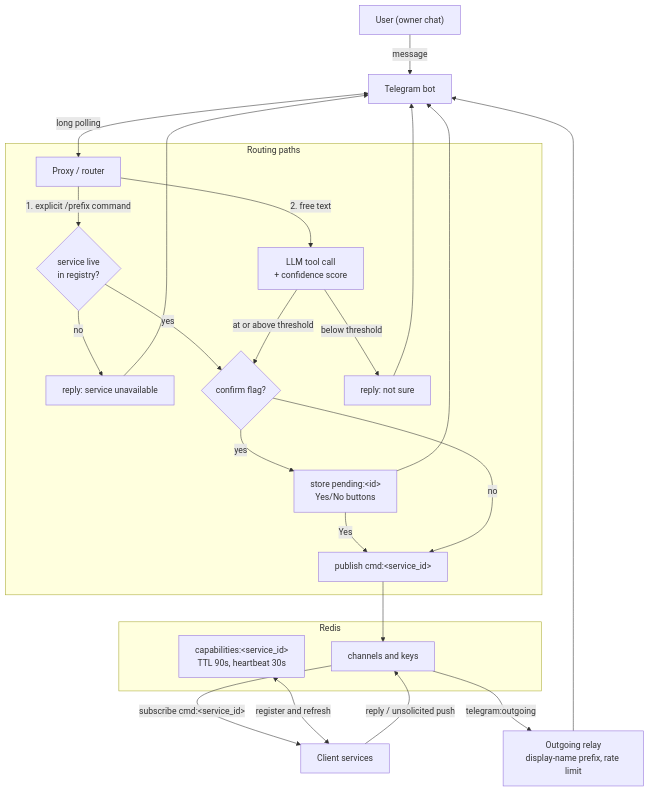
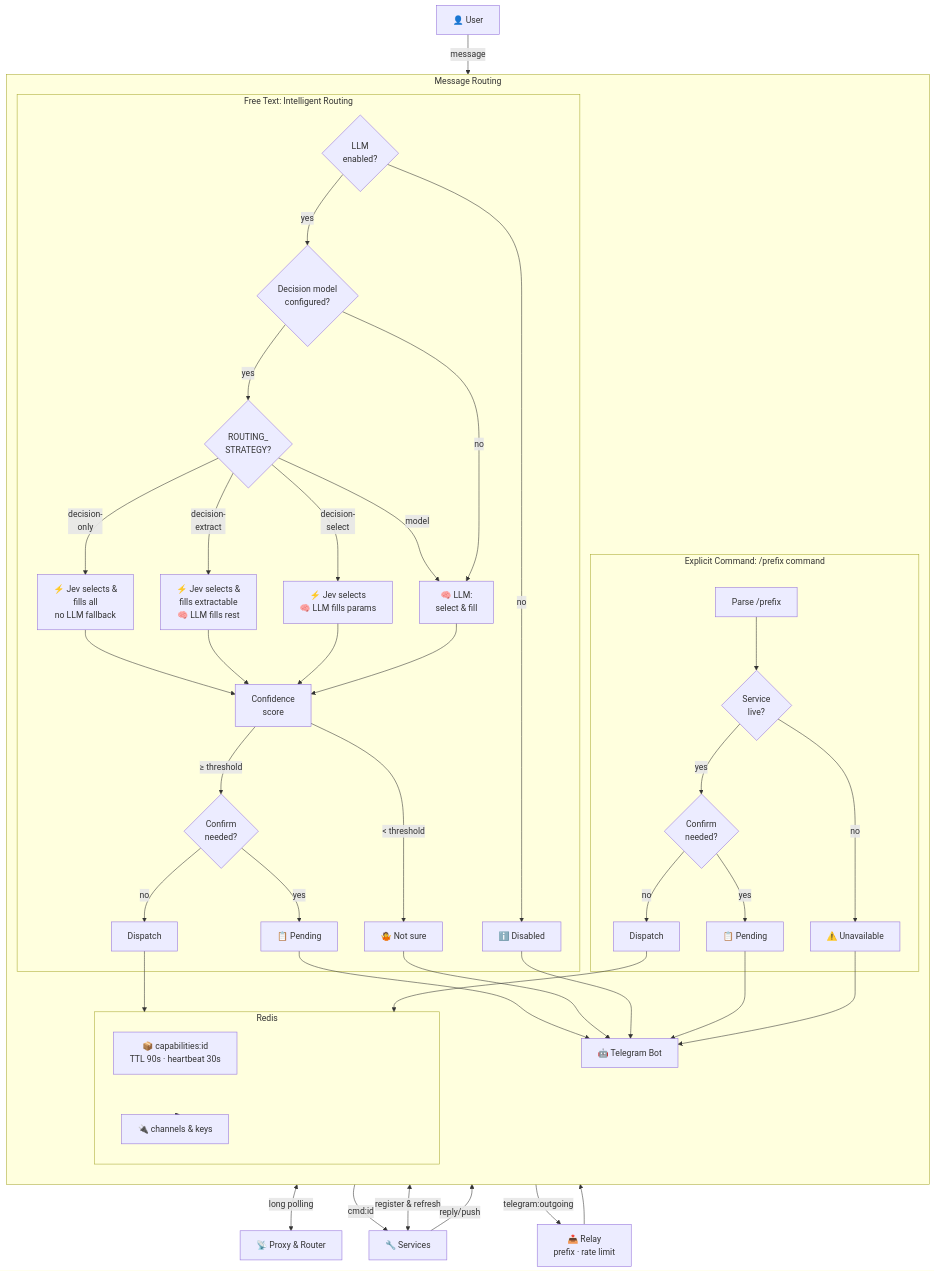
The first of 3 diagrams in README.md (xRmg/telegram-router), drawn with Mermaid before and after one commit. The commit also changed other lines of this file, not shown here.

First line of the commit message:
Enhance README diagrams with prettier layout and Jev integration details

````diff
--- a/README.md
+++ b/README.md
@@ -9,32 +9,61 @@
 ```mermaid
-flowchart TD
-    U["User (owner chat)"] -->|message| B["Telegram bot"]
-    B <-->|"long polling"| P["Proxy / router"]
+graph TD
+    U["👤 User"] -->|message| B["🤖 Telegram Bot"]
+    B <-->|long polling| P["📡 Proxy & Router"]
 
-    subgraph Routing paths
-        P -->|"1. explicit /prefix command"| LIVE{"service live<br/>in registry?"}
-        LIVE -->|no| UNAVAIL["reply: service unavailable"]
-        LIVE -->|yes| CONFIRM{"confirm flag?"}
-        CONFIRM -->|yes| PEND["store pending:&lt;id&gt;<br/>Yes/No buttons"]
-        PEND -->|Yes| PUB
-        CONFIRM -->|no| PUB["publish cmd:&lt;service_id&gt;"]
-        P -->|"2. free text"| LLM["LLM tool call<br/>+ confidence score"]
-        LLM -->|below threshold| UNSURE["reply: not sure"]
-        LLM -->|at or above threshold| CONFIRM
+    subgraph PATHS["Message Routing"]
+        direction TD
+        
+        subgraph EXPL["Explicit Command: /prefix command"]
+            E1["Parse /prefix"] --> E2{"Service<br/>live?"}
+            E2 -->|no| E_ERR["⚠️ Unavailable"]
+            E2 -->|yes| E3{"Confirm<br/>needed?"}
+            E3 -->|yes| E_PEND["📋 Pending"]
+            E3 -->|no| E_DISP["Dispatch"]
+        end
+
+        subgraph FREE["Free Text: Intelligent Routing"]
+            F0{"LLM<br/>enabled?"}
+            F0 -->|no| F_OFF["ℹ️ Disabled"]
+            F0 -->|yes| F1{"Decision model<br/>configured?"}
+            
+            F1 -->|no| F_CHAT["🧠 LLM:<br/>select &amp; fill"]
+            
+            F1 -->|yes| F_STRAT{"ROUTING_<br/>STRATEGY?"}
+            F_STRAT -->|model| F_CHAT
+            F_STRAT -->|decision-<br/>select| F_JEV_SEL["⚡ Jev selects<br/>🧠 LLM fills params"]
+            F_STRAT -->|decision-<br/>extract| F_JEV_EXT["⚡ Jev selects &amp;<br/>fills extractable<br/>🧠 LLM fills rest"]
+            F_STRAT -->|decision-<br/>only| F_JEV_ONLY["⚡ Jev selects &amp;<br/>fills all<br/>no LLM fallback"]
+            
+            F_CHAT --> F_CONF["Confidence<br/>score"]
+            F_JEV_SEL --> F_CONF
+            F_JEV_EXT --> F_CONF
+            F_JEV_ONLY --> F_CONF
+            
+            F_CONF -->|≥ threshold| F4{"Confirm<br/>needed?"}
+            F_CONF -->|&lt; threshold| F_UNSURE["🤷 Not sure"]
+            F4 -->|yes| F_PEND["📋 Pending"]
+            F4 -->|no| F_DISP["Dispatch"]
+        end
+
+        E_ERR --> B
+        E_PEND --> B
+        E_DISP --> REDIS
+        F_OFF --> B
+        F_UNSURE --> B
+        F_PEND --> B
+        F_DISP --> REDIS
     end
 
-    subgraph Redis
-        REG["capabilities:&lt;service_id&gt;<br/>TTL 90s, heartbeat 30s"]
-        CH["channels and keys"]
+    subgraph REDIS["Redis"]
+        REG["📦 capabilities:id<br/>TTL 90s · heartbeat 30s"]
+        CH["🔌 channels &amp; keys"]
     end
 
-    PUB --> CH
-    CH -->|"subscribe cmd:&lt;service_id&gt;"| CLIENTS["Client services"]
-    REG <-->|"register and refresh"| CLIENTS
-    CLIENTS -->|"reply / unsolicited push"| CH
-    CH -->|"telegram:outgoing"| RELAY["Outgoing relay<br/>display-name prefix, rate limit"]
+    REDIS --> CH
+    CH -->|cmd:id| SVC["🔧 Services"]
+    REG <-->|register &amp; refresh| SVC
+    SVC -->|reply/push| CH
+    CH -->|telegram:outgoing| RELAY["📤 Relay<br/>prefix · rate limit"]
     RELAY --> B
-    UNAVAIL --> B
-    UNSURE --> B
-    PEND --> B
 ```
````
